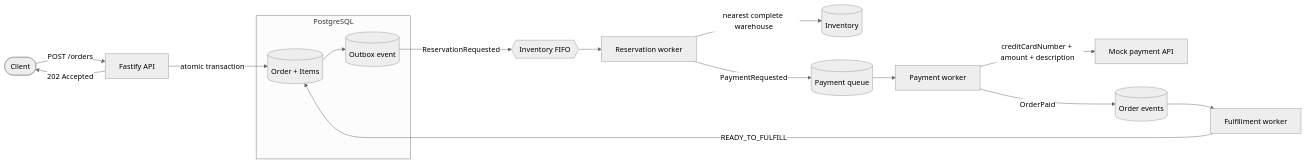
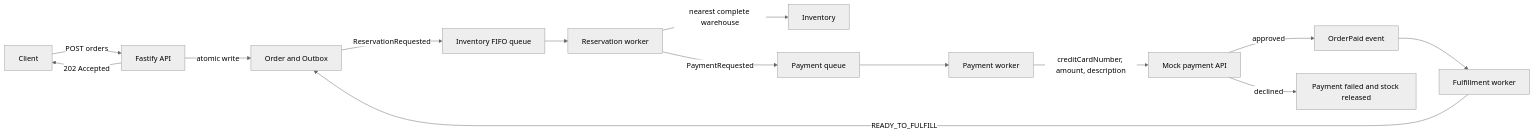
One commit to JuanBernal13/canals-ai-test changed the first of 2 diagrams in README.md. Above: the diagram before and after it, drawn with Mermaid (neutral theme). The commit also changed other lines of this file, not shown here.

Commit message:
Fix GitHub Mermaid diagrams

````diff
--- a/README.md
+++ b/README.md
@@ -7,22 +7,16 @@
 ```mermaid
-flowchart LR
-    client([Client]) -->|POST /orders| api[Fastify API]
-
-    subgraph persistence[PostgreSQL]
-        order[(Order + Items)]
-        outbox[(Outbox event)]
-    end
-
+graph LR
+    client[Client] -->|POST orders| api[Fastify API]
     api -->|202 Accepted| client
-    api -->|atomic transaction| order
-    order --> outbox
-    outbox -->|ReservationRequested| inventoryQueue{{Inventory FIFO}}
+    api -->|atomic write| db[Order and Outbox]
+    db -->|ReservationRequested| inventoryQueue[Inventory FIFO queue]
     inventoryQueue --> reservation[Reservation worker]
-    reservation -->|nearest complete warehouse| inventory[(Inventory)]
-    reservation -->|PaymentRequested| paymentQueue[(Payment queue)]
+    reservation -->|nearest complete warehouse| inventory[Inventory]
+    reservation -->|PaymentRequested| paymentQueue[Payment queue]
     paymentQueue --> payment[Payment worker]
-    payment -->|creditCardNumber + amount + description| provider[Mock payment API]
-    payment -->|OrderPaid| events[(Order events)]
-    events --> fulfillment[Fulfillment worker]
-    fulfillment -->|READY_TO_FULFILL| order
+    payment -->|creditCardNumber, amount, description| provider[Mock payment API]
+    provider -->|approved| paid[OrderPaid event]
+    provider -->|declined| failed[Payment failed and stock released]
+    paid --> fulfillment[Fulfillment worker]
+    fulfillment -->|READY_TO_FULFILL| db
 ```
````
